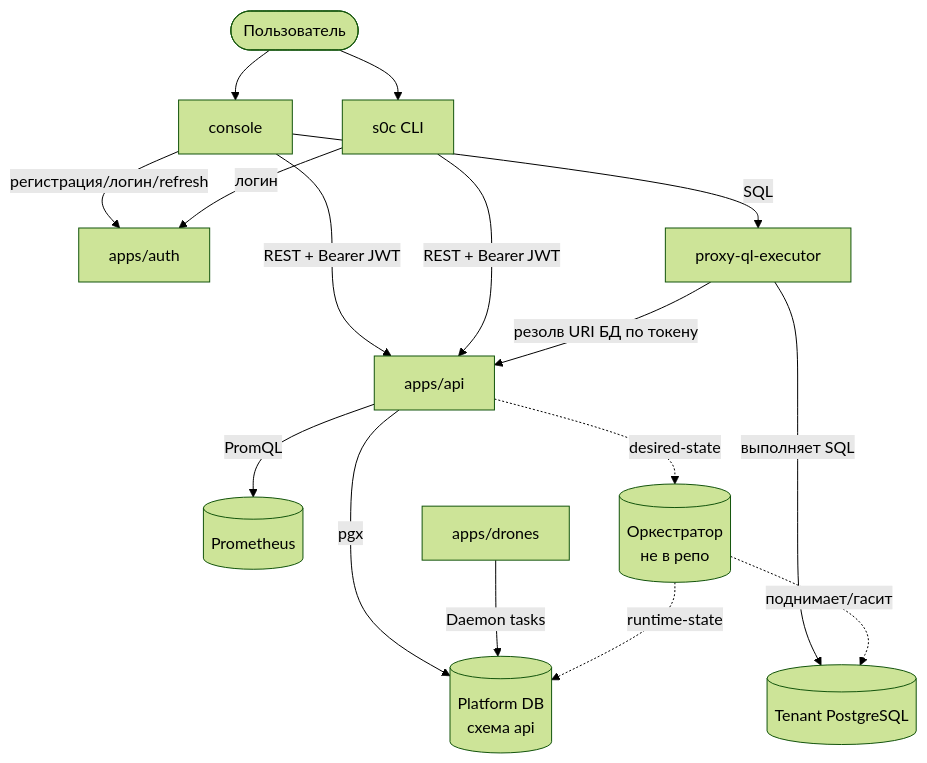
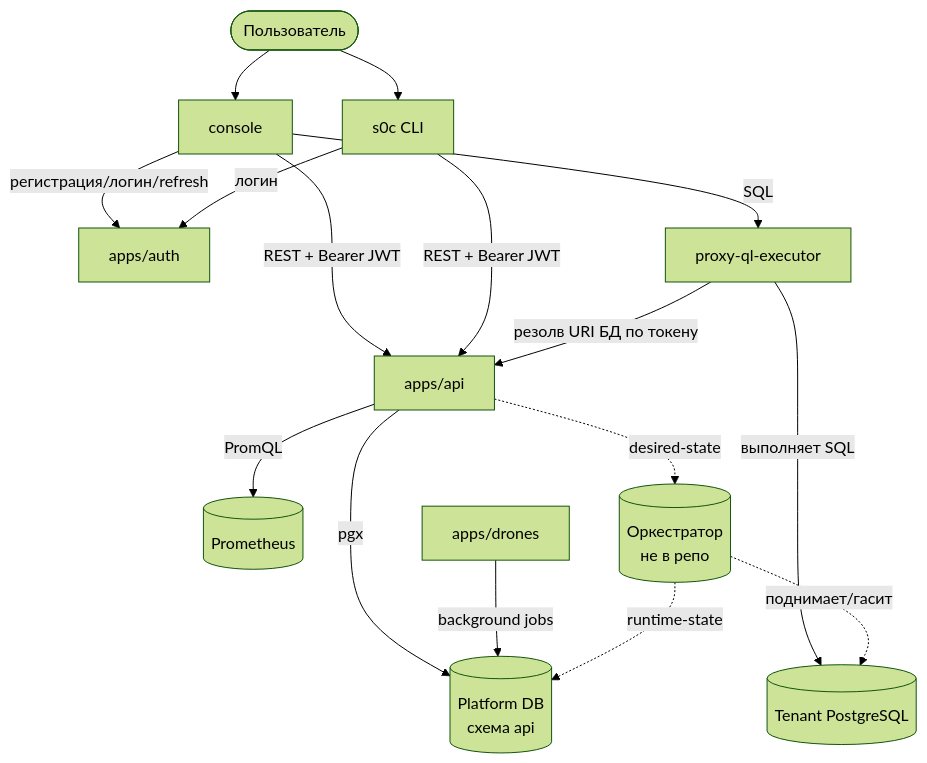
One commit to sb0rka/sb0rka changed the diagram in ARCHITECTURE.md. Above: the diagram before and after it, drawn with Mermaid (forest theme). The commit also changed other lines of this file and 110 other files, not shown here.

````diff
--- a/ARCHITECTURE.md
+++ b/ARCHITECTURE.md
@@ -33,22 +33,22 @@
 ```mermaid
 flowchart TB
     user([Пользователь])
     user --> console[console]
     user --> s0c[s0c CLI]
 
     console -- "регистрация/логин/refresh" --> auth[apps/auth]
     s0c -- "логин" --> auth
     console -- "REST + Bearer JWT" --> api[apps/api]
     s0c -- "REST + Bearer JWT" --> api
     console -- "SQL" --> proxy[proxy-ql-executor]
 
     api -- "pgx" --> pdb[(Platform DB<br/>схема api)]
     api -- "PromQL" --> prom[(Prometheus)]
-    drones[apps/drones] -- "Daemon tasks" --> pdb
+    drones[apps/drones] -- "background jobs" --> pdb
     proxy -- "резолв URI БД по токену" --> api
     proxy -- "выполняет SQL" --> tdb[(Tenant PostgreSQL)]
 
     api -. "desired-state" .-> orch[(Оркестратор<br/>не в репо)]
     orch -. "поднимает/гасит" .-> tdb
     orch -. "runtime-state" .-> pdb
 ```
````
